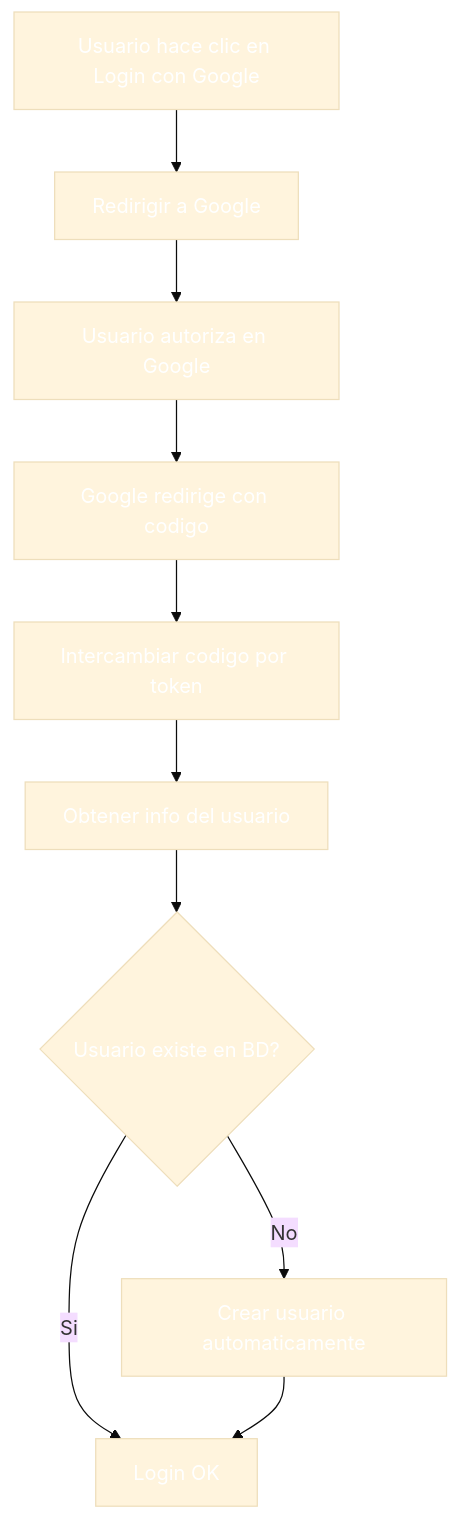
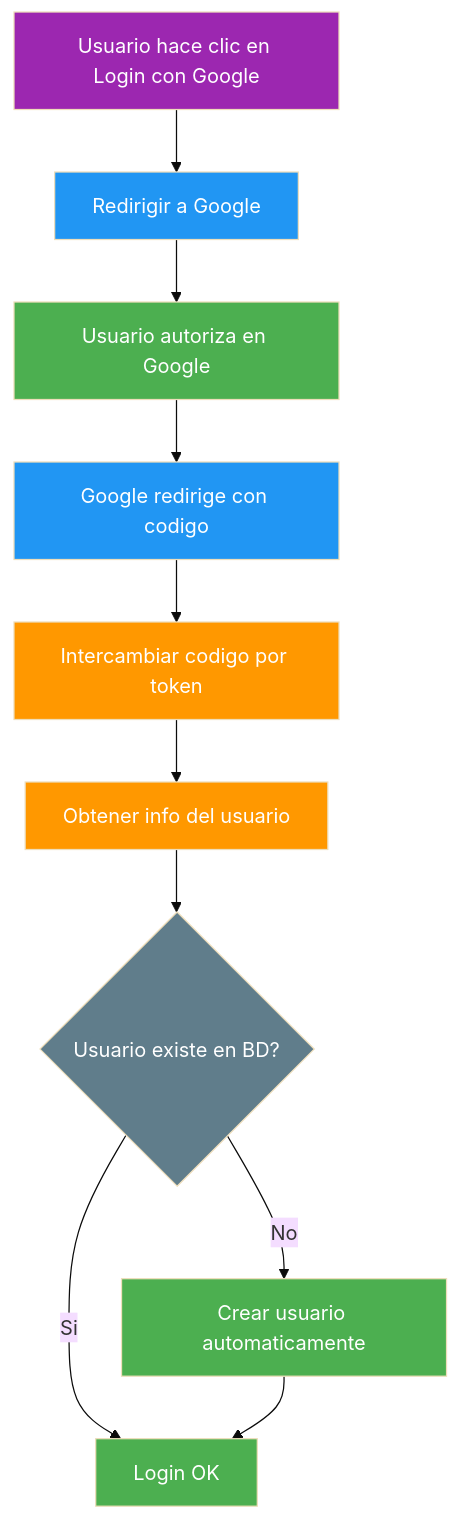
One commit to joseluisgs/DesarrolloWebEntornosServidor-02-2026-2027 changed diagram 11 of 15 in 16-autenticacion.md. Above: the diagram before and after it, drawn with Mermaid (base theme). The commit also changed other lines of this file and 29 other files, not shown here.

Commit message:
docs: corregir estilos Mermaid y estilo, quitar referencias a la Tienda y reestructurar los retos 13 y 15

````diff
--- a/16-autenticacion.md
+++ b/16-autenticacion.md
@@ -1065,22 +1065,22 @@
 ```mermaid
 flowchart TD
     A[Usuario hace clic en Login con Google] --> B[Redirigir a Google]
     B --> C[Usuario autoriza en Google]
     C --> D[Google redirige con codigo]
     D --> E[Intercambiar codigo por token]
     E --> F[Obtener info del usuario]
     F --> G{Usuario existe en BD?}
     G -->|Si| H[Login OK]
     G -->|No| I[Crear usuario automaticamente]
     I --> H
 
-    style A fill:#9C27B,color:#fff0,color:#fff
-    style B fill:#2196F,color:#fff3,color:#fff
-    style C fill:#4CAF5,color:#fff0,color:#fff
-    style D fill:#2196F,color:#fff3,color:#fff
-    style E fill:#FF980,color:#fff0,color:#fff
-    style F fill:#FF980,color:#fff0,color:#fff
-    style G fill:#607D8,color:#fffB,color:#fff
-    style H fill:#4CAF5,color:#fff0,color:#fff
-    style I fill:#4CAF5,color:#fff0,color:#fff
+    style A fill:#9C27B0,color:#fff
+    style B fill:#2196F3,color:#fff
+    style C fill:#4CAF50,color:#fff
+    style D fill:#2196F3,color:#fff
+    style E fill:#FF9800,color:#fff
+    style F fill:#FF9800,color:#fff
+    style G fill:#607D8B,color:#fff
+    style H fill:#4CAF50,color:#fff
+    style I fill:#4CAF50,color:#fff
 ```
````
